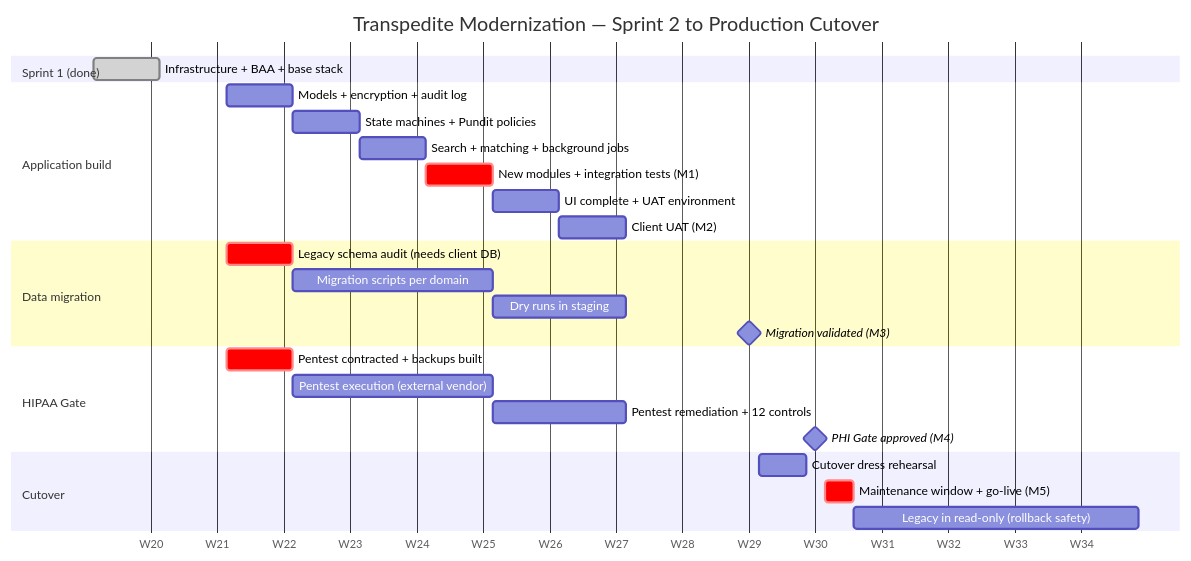
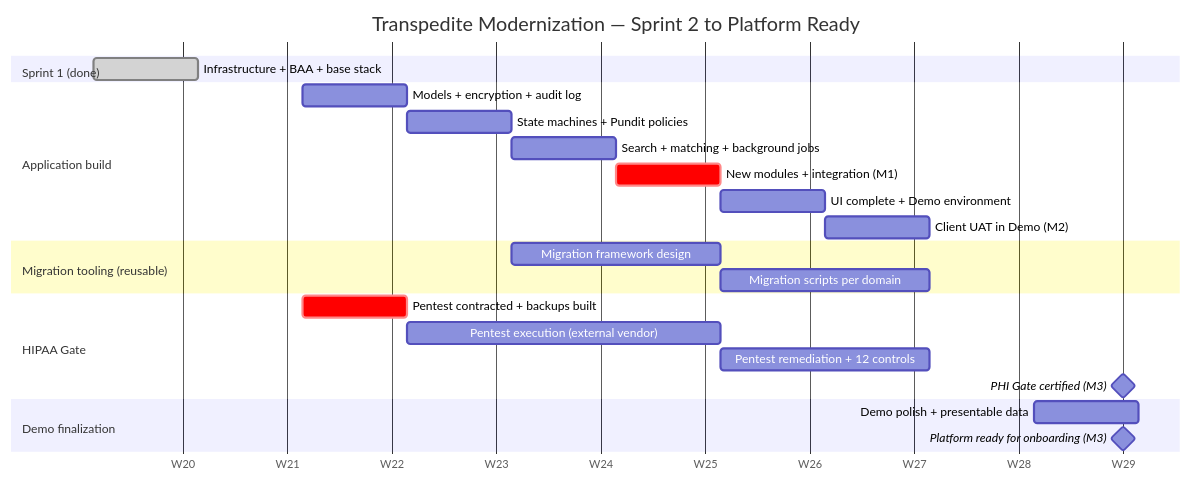
Before and after one commit to Tucan-Talent/transpedite-architecture: the diagram in work-plan.md, drawn with Mermaid. The commit also changed other lines of this file and 1 other file, not shown here.

````diff
--- a/work-plan.md
+++ b/work-plan.md
@@ -44,34 +90,31 @@
 ```mermaid
 gantt
-    title Transpedite Modernization — Sprint 2 to Production Cutover
+    title Transpedite Modernization — Sprint 2 to Platform Ready
     dateFormat YYYY-MM-DD
     axisFormat W%V
 
     section Sprint 1 (done)
     Infrastructure + BAA + base stack        :done, s1, 2026-05-11, 1w
 
     section Application build
     Models + encryption + audit log          :a1, 2026-05-25, 1w
     State machines + Pundit policies         :a2, after a1, 1w
     Search + matching + background jobs      :a3, after a2, 1w
-    New modules + integration tests (M1)     :crit, a4, after a3, 1w
-    UI complete + UAT environment            :a5, after a4, 1w
-    Client UAT (M2)                          :a6, after a5, 1w
+    New modules + integration (M1)           :crit, a4, after a3, 1w
+    UI complete + Demo environment           :a5, after a4, 1w
+    Client UAT in Demo (M2)                  :a6, after a5, 1w
 
-    section Data migration
-    Legacy schema audit (needs client DB)    :crit, b1, 2026-05-25, 1w
-    Migration scripts per domain             :b2, after b1, 3w
-    Dry runs in staging                      :b3, after b2, 2w
-    Migration validated (M3)                 :milestone, b4, 2026-07-19, 0d
+    section Migration tooling (reusable)
+    Migration framework design               :b1, 2026-06-08, 2w
+    Migration scripts per domain             :b2, after b1, 2w
 
     section HIPAA Gate
     Pentest contracted + backups built       :crit, c1, 2026-05-25, 1w
     Pentest execution (external vendor)      :c2, after c1, 3w
     Pentest remediation + 12 controls        :c3, after c2, 2w
-    PHI Gate approved (M4)                   :milestone, c4, 2026-07-26, 0d
+    PHI Gate certified (M3)                  :milestone, c4, 2026-07-19, 0d
 
-    section Cutover
-    Cutover dress rehearsal                  :d1, 2026-07-20, 5d
-    Maintenance window + go-live (M5)        :crit, d2, 2026-07-27, 3d
-    Legacy in read-only (rollback safety)    :d3, after d2, 30d
+    section Demo finalization
+    Demo polish + presentable data           :d1, 2026-07-13, 1w
+    Platform ready for onboarding (M3)       :milestone, d2, 2026-07-19, 0d
 ```
````
